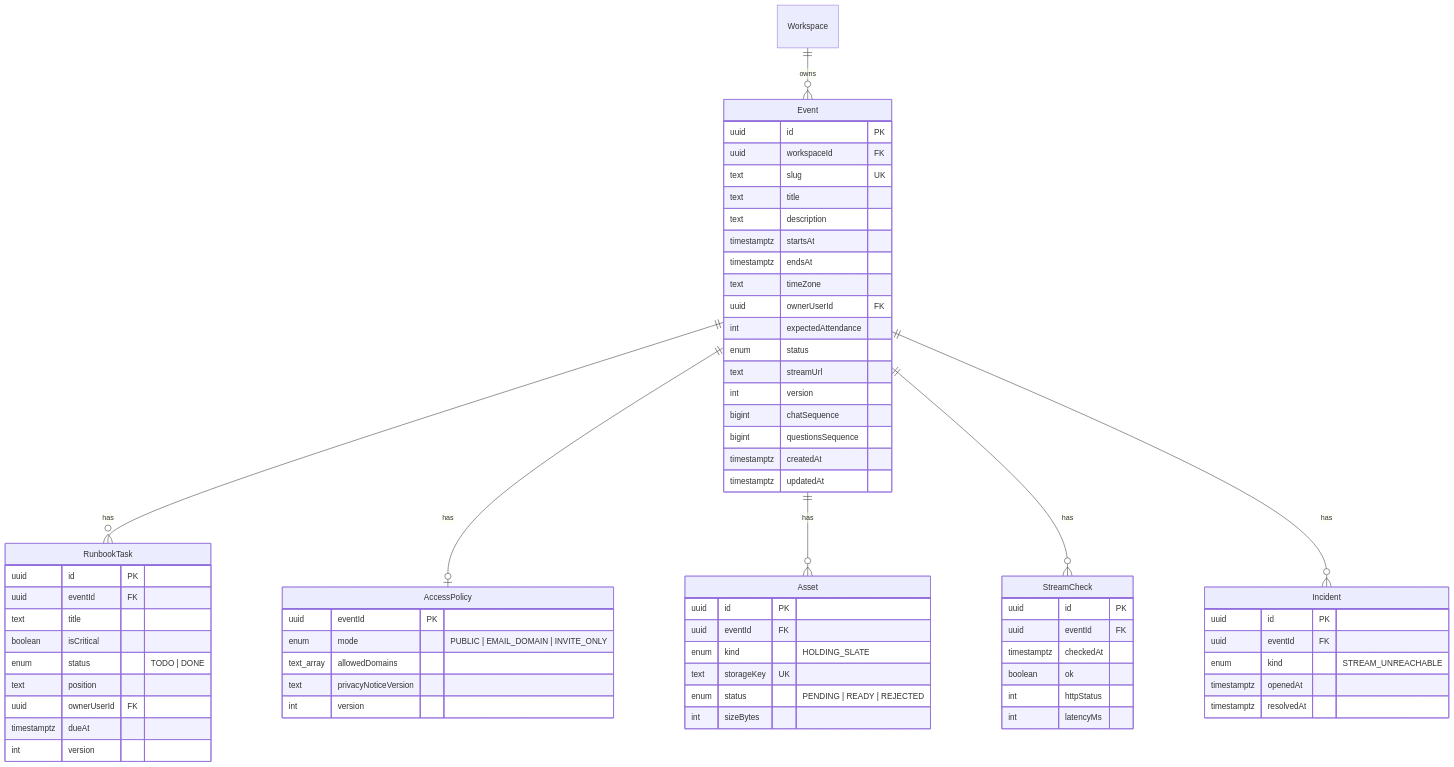
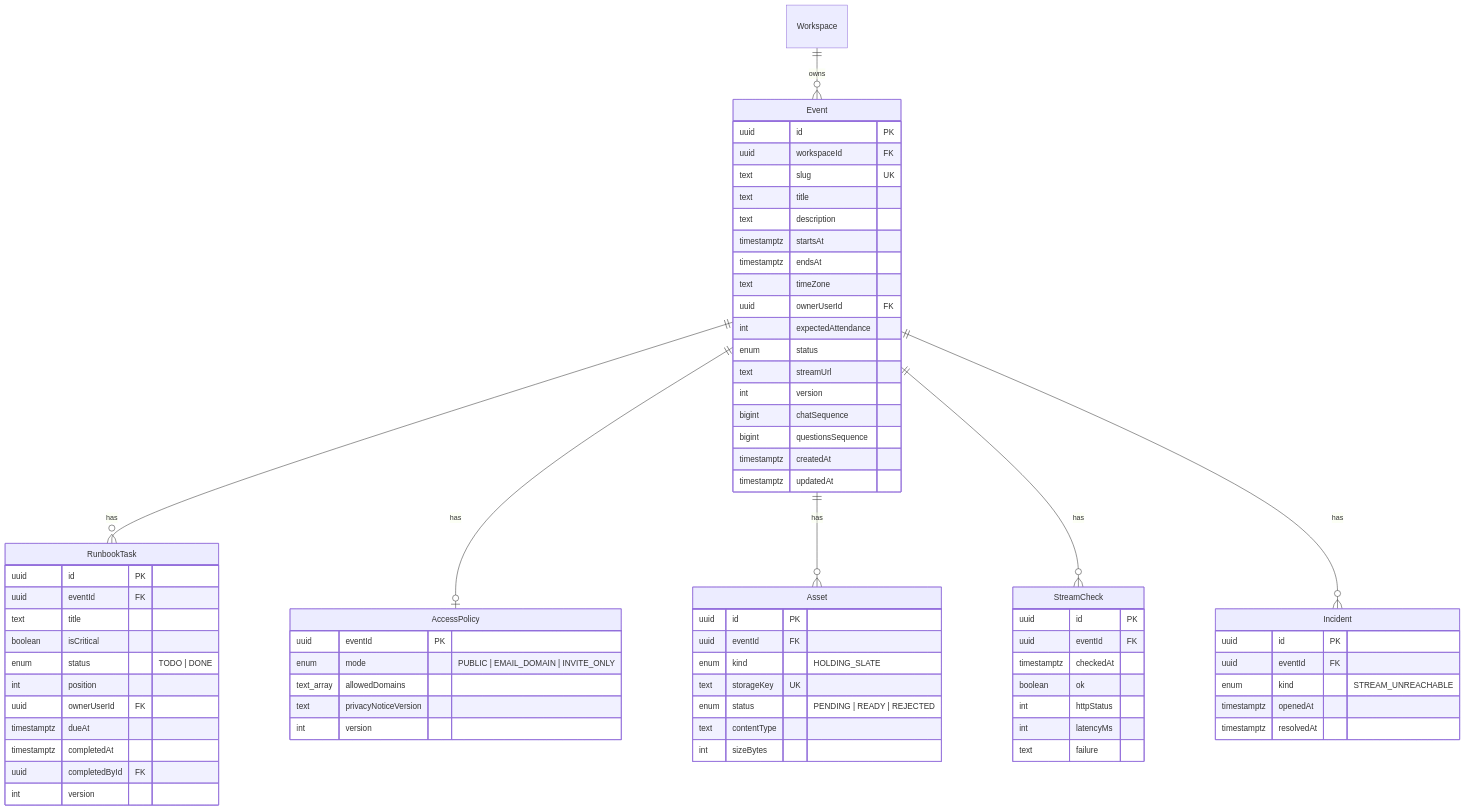
One commit to zhanru-dev/GoLiveBoard changed the third of 5 diagrams in docs/03-domain-and-data-model.md. Above: the diagram before and after it, drawn with Mermaid. The commit also changed other lines of this file and 31 other files, not shown here.

````diff
--- a/docs/03-domain-and-data-model.md
+++ b/docs/03-domain-and-data-model.md
@@ -117,70 +121,74 @@
 ```mermaid
 erDiagram
   Workspace ||--o{ Event : owns
   Event ||--o{ RunbookTask : has
   Event ||--o| AccessPolicy : has
   Event ||--o{ Asset : has
   Event ||--o{ StreamCheck : has
   Event ||--o{ Incident : has
 
   Event {
     uuid id PK
     uuid workspaceId FK
     text slug UK
     text title
     text description
     timestamptz startsAt
     timestamptz endsAt
     text timeZone
     uuid ownerUserId FK
     int expectedAttendance
     enum status
     text streamUrl
     int version
     bigint chatSequence
     bigint questionsSequence
     timestamptz createdAt
     timestamptz updatedAt
   }
   RunbookTask {
     uuid id PK
     uuid eventId FK
     text title
     boolean isCritical
     enum status "TODO | DONE"
-    text position
+    int position
     uuid ownerUserId FK
     timestamptz dueAt
+    timestamptz completedAt
+    uuid completedById FK
     int version
   }
   AccessPolicy {
     uuid eventId PK
     enum mode "PUBLIC | EMAIL_DOMAIN | INVITE_ONLY"
     text_array allowedDomains
     text privacyNoticeVersion
     int version
   }
   Asset {
     uuid id PK
     uuid eventId FK
     enum kind "HOLDING_SLATE"
     text storageKey UK
     enum status "PENDING | READY | REJECTED"
+    text contentType
     int sizeBytes
   }
   StreamCheck {
     uuid id PK
     uuid eventId FK
     timestamptz checkedAt
     boolean ok
     int httpStatus
     int latencyMs
+    text failure
   }
   Incident {
     uuid id PK
     uuid eventId FK
     enum kind "STREAM_UNREACHABLE"
     timestamptz openedAt
     timestamptz resolvedAt
   }
 ```
````
